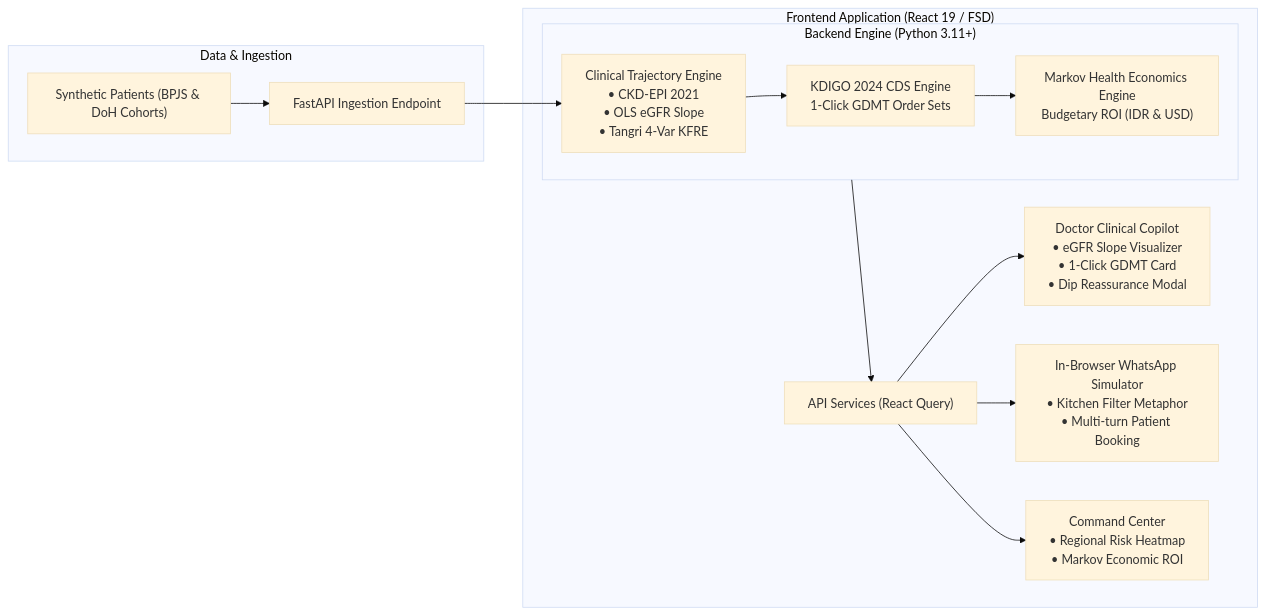
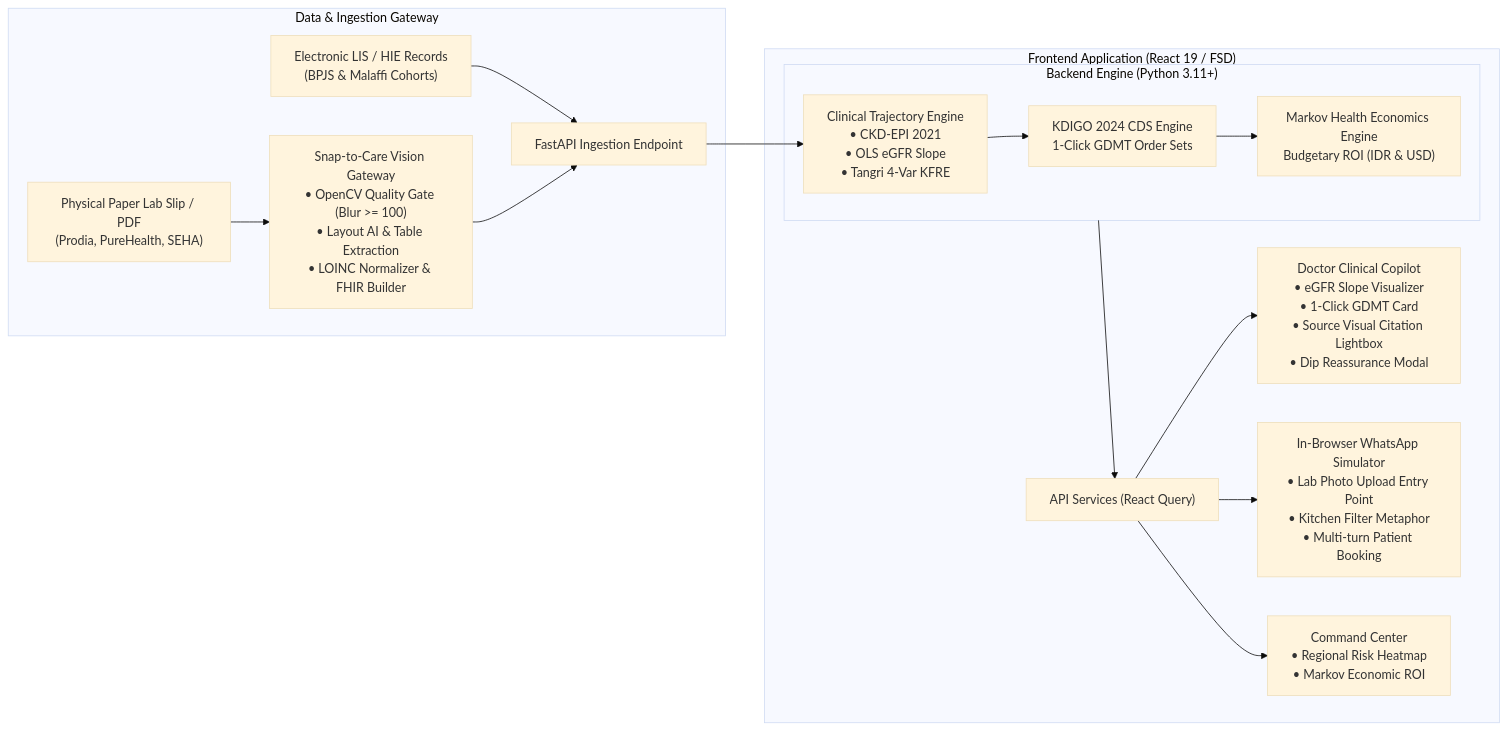
The diagram in docs/specs/sprint-plan.md (sandezign/future-health), drawn with Mermaid (base theme) before and after one commit. The commit also changed other lines of this file and 30 other files, not shown here.

Commit message:
docs(specs): add vision OCR ingestion spec, alternative solution PRDs, and pitch decks

````diff
--- a/docs/specs/sprint-plan.md
+++ b/docs/specs/sprint-plan.md
@@ -30,19 +30,21 @@
 ```mermaid
 flowchart LR
-    subgraph DataLayer ["Data & Ingestion"]
-        DataJSON["Synthetic Patients (BPJS & DoH Cohorts)"] --> IngestAPI["FastAPI Ingestion Endpoint"]
+    subgraph DataLayer ["Data & Ingestion Gateway"]
+        PaperSlip["Physical Paper Lab Slip / PDF<br/>(Prodia, PureHealth, SEHA)"] --> OCRGateway["Snap-to-Care Vision Gateway<br/>• OpenCV Quality Gate (Blur >= 100)<br/>• Layout AI & Table Extraction<br/>• LOINC Normalizer & FHIR Builder"]
+        DataJSON["Electronic LIS / HIE Records<br/>(BPJS & Malaffi Cohorts)"] --> IngestAPI["FastAPI Ingestion Endpoint"]
+        OCRGateway --> IngestAPI
     end
 
     subgraph BackendCore ["Backend Engine (Python 3.11+)"]
         IngestAPI --> MathEngine["Clinical Trajectory Engine<br/>• CKD-EPI 2021<br/>• OLS eGFR Slope<br/>• Tangri 4-Var KFRE"]
         MathEngine --> CDSEngine["KDIGO 2024 CDS Engine<br/>1-Click GDMT Order Sets"]
         CDSEngine --> MarkovEngine["Markov Health Economics Engine<br/>Budgetary ROI (IDR & USD)"]
     end
 
     subgraph FrontendApp ["Frontend Application (React 19 / FSD)"]
         BackendCore --> APIClient["API Services (React Query)"]
-        APIClient --> DocCopilot["Doctor Clinical Copilot<br/>• eGFR Slope Visualizer<br/>• 1-Click GDMT Card<br/>• Dip Reassurance Modal"]
-        APIClient --> WASimulator["In-Browser WhatsApp Simulator<br/>• Kitchen Filter Metaphor<br/>• Multi-turn Patient Booking"]
+        APIClient --> DocCopilot["Doctor Clinical Copilot<br/>• eGFR Slope Visualizer<br/>• 1-Click GDMT Card<br/>• Source Visual Citation Lightbox<br/>• Dip Reassurance Modal"]
+        APIClient --> WASimulator["In-Browser WhatsApp Simulator<br/>• Lab Photo Upload Entry Point<br/>• Kitchen Filter Metaphor<br/>• Multi-turn Patient Booking"]
         APIClient --> CommandCenter["Command Center<br/>• Regional Risk Heatmap<br/>• Markov Economic ROI"]
     end
 ```
````
